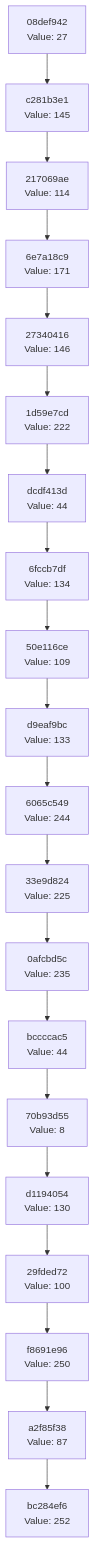
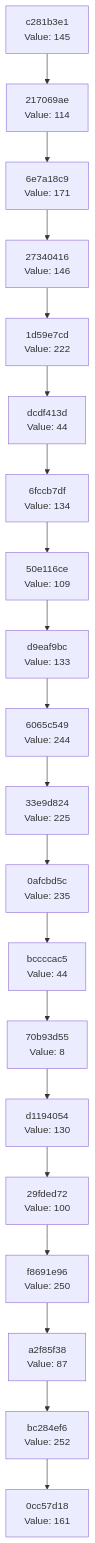
Before and after one commit to Abhisheksinha1506/hash-chain-evolver: the diagram in docs/CHAIN_VISUALIZATION.md, drawn with Mermaid. The commit also changed 3 other files, not shown here.

````diff
--- a/docs/CHAIN_VISUALIZATION.md
+++ b/docs/CHAIN_VISUALIZATION.md
@@ -3,42 +3,42 @@
 ```mermaid
 graph TD
-    C0["bc284ef6<br/>Value: 252"]
-    C1["a2f85f38<br/>Value: 87"]
+    C0["0cc57d18<br/>Value: 161"]
+    C1["bc284ef6<br/>Value: 252"]
     C1 --> C0
-    C2["f8691e96<br/>Value: 250"]
+    C2["a2f85f38<br/>Value: 87"]
     C2 --> C1
-    C3["29fded72<br/>Value: 100"]
+    C3["f8691e96<br/>Value: 250"]
     C3 --> C2
-    C4["d1194054<br/>Value: 130"]
+    C4["29fded72<br/>Value: 100"]
     C4 --> C3
-    C5["70b93d55<br/>Value: 8"]
+    C5["d1194054<br/>Value: 130"]
     C5 --> C4
-    C6["bccccac5<br/>Value: 44"]
+    C6["70b93d55<br/>Value: 8"]
     C6 --> C5
-    C7["0afcbd5c<br/>Value: 235"]
+    C7["bccccac5<br/>Value: 44"]
     C7 --> C6
-    C8["33e9d824<br/>Value: 225"]
+    C8["0afcbd5c<br/>Value: 235"]
     C8 --> C7
-    C9["6065c549<br/>Value: 244"]
+    C9["33e9d824<br/>Value: 225"]
     C9 --> C8
-    C10["d9eaf9bc<br/>Value: 133"]
+    C10["6065c549<br/>Value: 244"]
     C10 --> C9
-    C11["50e116ce<br/>Value: 109"]
+    C11["d9eaf9bc<br/>Value: 133"]
     C11 --> C10
-    C12["6fccb7df<br/>Value: 134"]
+    C12["50e116ce<br/>Value: 109"]
     C12 --> C11
-    C13["dcdf413d<br/>Value: 44"]
+    C13["6fccb7df<br/>Value: 134"]
     C13 --> C12
-    C14["1d59e7cd<br/>Value: 222"]
+    C14["dcdf413d<br/>Value: 44"]
     C14 --> C13
-    C15["27340416<br/>Value: 146"]
+    C15["1d59e7cd<br/>Value: 222"]
     C15 --> C14
-    C16["6e7a18c9<br/>Value: 171"]
+    C16["27340416<br/>Value: 146"]
     C16 --> C15
-    C17["217069ae<br/>Value: 114"]
+    C17["6e7a18c9<br/>Value: 171"]
     C17 --> C16
-    C18["c281b3e1<br/>Value: 145"]
+    C18["217069ae<br/>Value: 114"]
     C18 --> C17
-    C19["08def942<br/>Value: 27"]
+    C19["c281b3e1<br/>Value: 145"]
     C19 --> C18
 ```
````
